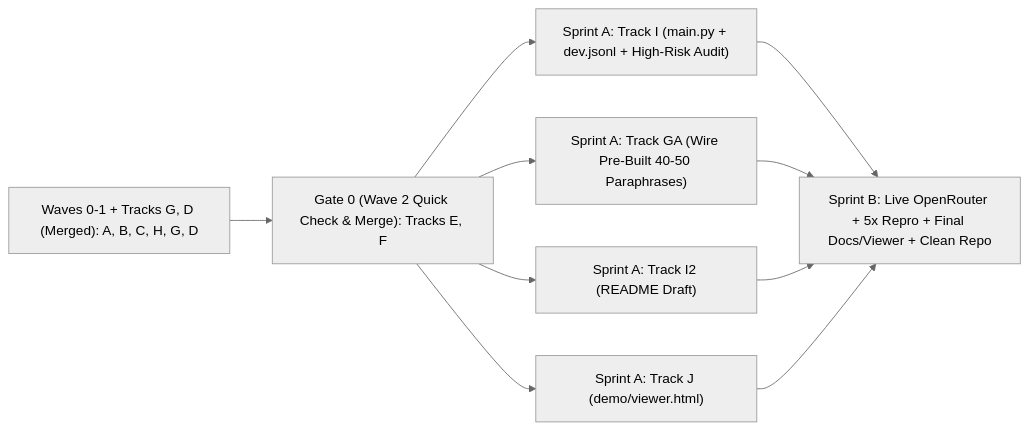
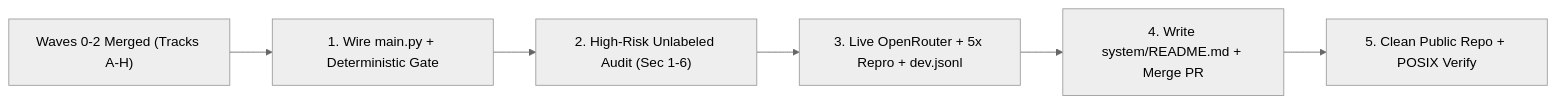
Before and after one commit to nicolaspm-io/FinCrimeHackathon: the diagram in FINAL_PLAN.md, drawn with Mermaid (neutral theme). The commit also changed other lines of this file, not shown here.

Commit message:
chore(plan): streamline post-wave-2 solo finish roadmap

````diff
--- a/FINAL_PLAN.md
+++ b/FINAL_PLAN.md
@@ -339,12 +331,8 @@
 ```mermaid
 flowchart LR
-    W01["Waves 0-1 + Tracks G, D (Merged): A, B, C, H, G, D"] --> W2["Gate 0 (Wave 2 Quick Check & Merge): Tracks E, F"]
-    W2 --> SA_I["Sprint A: Track I (main.py + dev.jsonl + High-Risk Audit)"]
-    W2 --> SA_GA["Sprint A: Track GA (Wire Pre-Built 40-50 Paraphrases)"]
-    W2 --> SA_I2["Sprint A: Track I2 (README Draft)"]
-    W2 --> SA_J["Sprint A: Track J (demo/viewer.html)"]
-    SA_I --> SB["Sprint B: Live OpenRouter + 5x Repro + Final Docs/Viewer + Clean Repo"]
-    SA_GA --> SB
-    SA_I2 --> SB
-    SA_J --> SB
+    M["Waves 0-2 Merged (Tracks A-H)"] --> S1["1. Wire main.py + Deterministic Gate"]
+    S1 --> S2["2. High-Risk Unlabeled Audit (Sec 1-6)"]
+    S2 --> S3["3. Live OpenRouter + 5x Repro + dev.jsonl"]
+    S3 --> S4["4. Write system/README.md + Merge PR"]
+    S4 --> S5["5. Clean Public Repo + POSIX Verify"]
 ```
````
